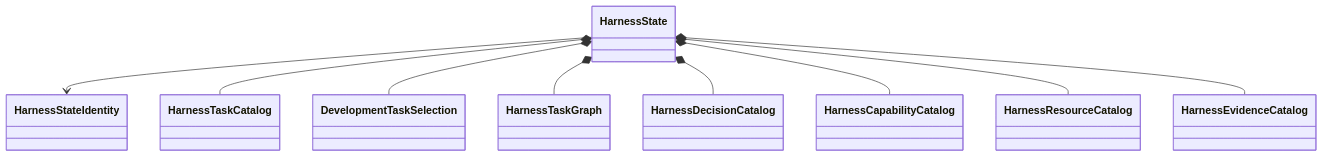
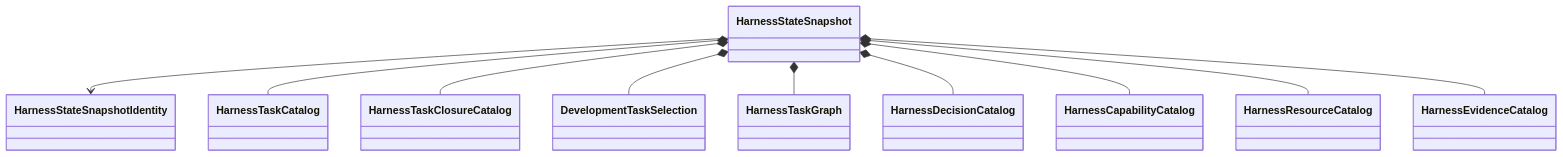
The diagram in docs/architecture/v2/harness/object-model.md (eragasa/ksdft2effmass), drawn with Mermaid before and after one commit. The commit also changed other lines of this file and 85 other files, not shown here.

Commit message:
docs(architecture): define workflow and harness agent v2

````diff
--- a/docs/architecture/v2/harness/object-model.md
+++ b/docs/architecture/v2/harness/object-model.md
@@ -5,21 +5,23 @@
 ```mermaid
 classDiagram
-    class HarnessState
-    class HarnessStateIdentity
+    class HarnessStateSnapshot
+    class HarnessStateSnapshotIdentity
     class HarnessTaskCatalog
+    class HarnessTaskClosureCatalog
     class DevelopmentTaskSelection
     class HarnessTaskGraph
     class HarnessDecisionCatalog
     class HarnessCapabilityCatalog
     class HarnessResourceCatalog
     class HarnessEvidenceCatalog
 
-    HarnessState --> HarnessStateIdentity
-    HarnessState *-- HarnessTaskCatalog
-    HarnessState *-- DevelopmentTaskSelection
-    HarnessState *-- HarnessTaskGraph
-    HarnessState *-- HarnessDecisionCatalog
-    HarnessState *-- HarnessCapabilityCatalog
-    HarnessState *-- HarnessResourceCatalog
-    HarnessState *-- HarnessEvidenceCatalog
+    HarnessStateSnapshot --> HarnessStateSnapshotIdentity
+    HarnessStateSnapshot *-- HarnessTaskCatalog
+    HarnessStateSnapshot *-- HarnessTaskClosureCatalog
+    HarnessStateSnapshot *-- DevelopmentTaskSelection
+    HarnessStateSnapshot *-- HarnessTaskGraph
+    HarnessStateSnapshot *-- HarnessDecisionCatalog
+    HarnessStateSnapshot *-- HarnessCapabilityCatalog
+    HarnessStateSnapshot *-- HarnessResourceCatalog
+    HarnessStateSnapshot *-- HarnessEvidenceCatalog
 ```
````
